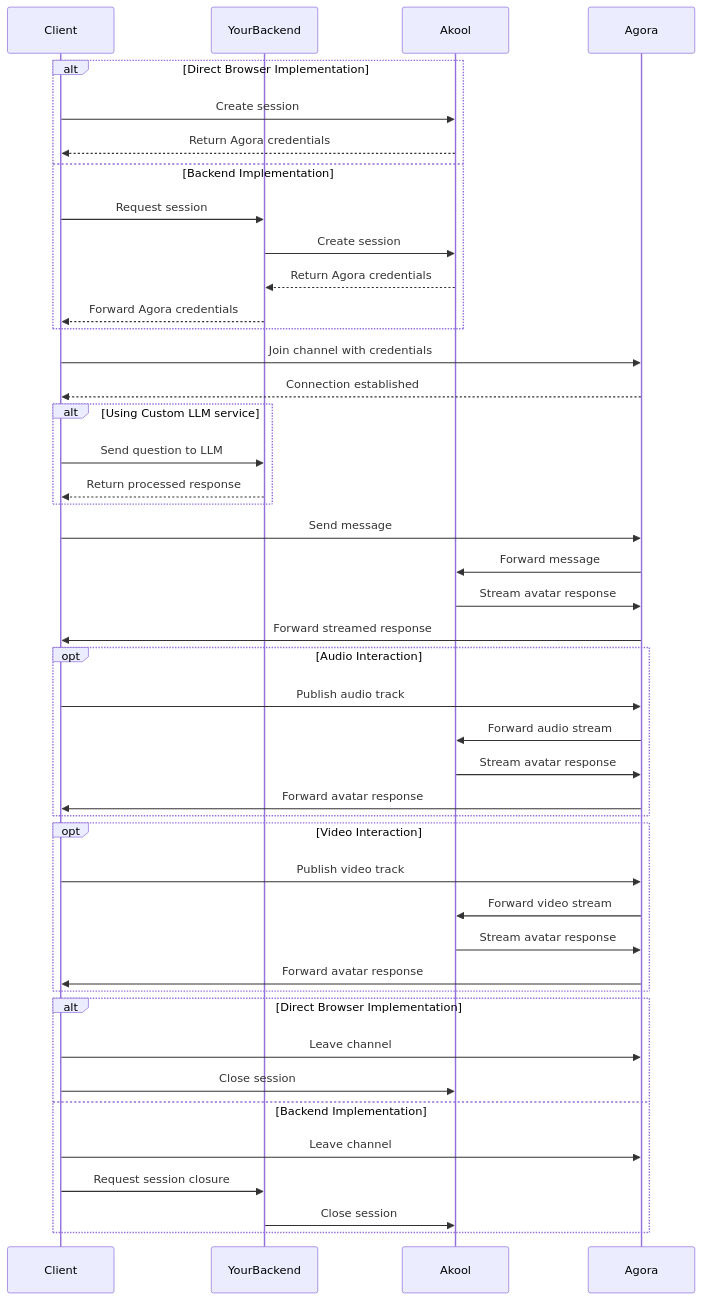
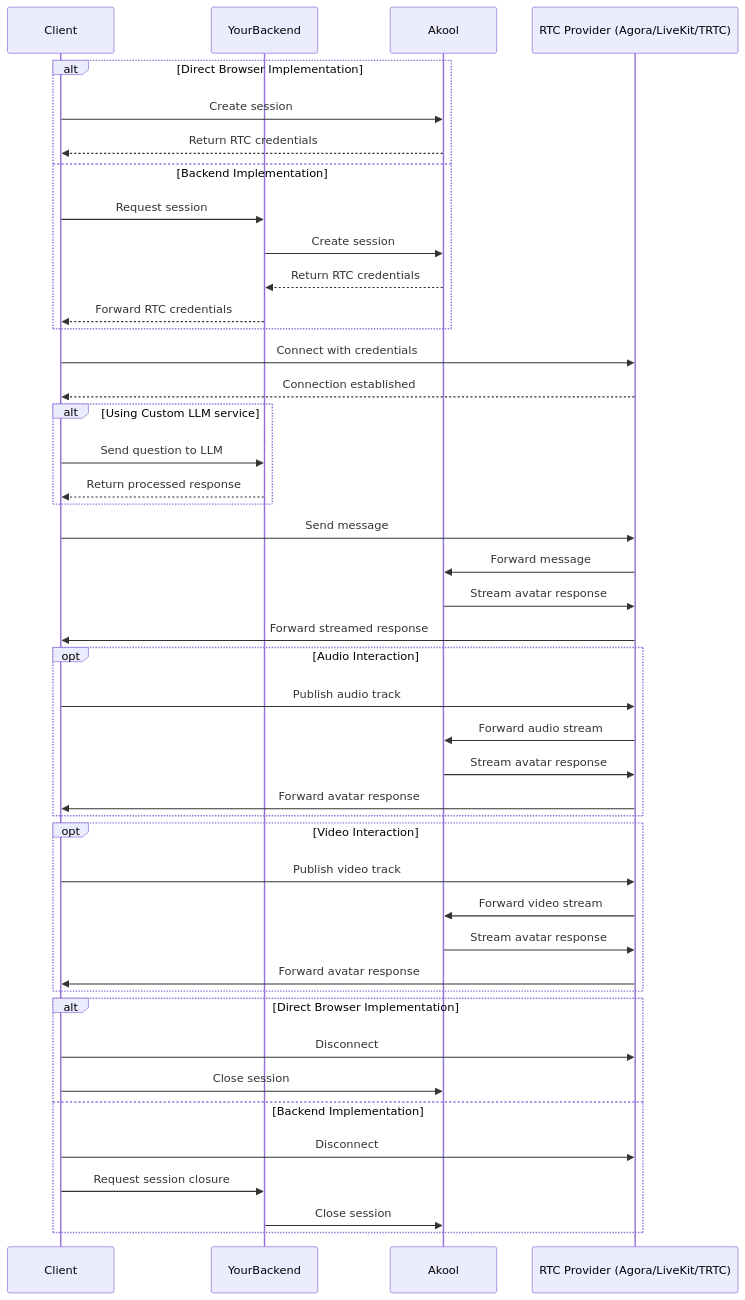
Before and after one commit to jinjuezhou/mintlify-docs: the diagram in implementation-guide/streaming-avatar.mdx, drawn with Mermaid. The commit also changed other lines of this file, not shown here.

First line of the commit message:
refactor: Update Streaming Avatar Integration Guide to support Agora, LiveKit, and TRTC SDKs

````diff
--- a/implementation-guide/streaming-avatar.mdx
+++ b/implementation-guide/streaming-avatar.mdx
@@ -60,62 +121,62 @@
 ```mermaid
 sequenceDiagram
     participant Client
     participant YourBackend
     participant Akool
-    participant Agora
+    participant RTC Provider (Agora/LiveKit/TRTC)
 
     %% Session Creation - Two Paths
     alt Direct Browser Implementation
         Client->>Akool: Create session
-        Akool-->>Client: Return Agora credentials
+        Akool-->>Client: Return RTC credentials
     else Backend Implementation
         Client->>YourBackend: Request session
         YourBackend->>Akool: Create session
-        Akool-->>YourBackend: Return Agora credentials
-        YourBackend-->>Client: Forward Agora credentials
+        Akool-->>YourBackend: Return RTC credentials
+        YourBackend-->>Client: Forward RTC credentials
     end
 
-    %% Agora Connection
-    Client->>Agora: Join channel with credentials
-    Agora-->>Client: Connection established
+    %% RTC Connection
+    Client->>RTC Provider (Agora/LiveKit/TRTC): Connect with credentials
+    RTC Provider (Agora/LiveKit/TRTC)-->>Client: Connection established
 
     %% Optional LLM Integration
     alt Using Custom LLM service
         Client->>YourBackend: Send question to LLM
         YourBackend-->>Client: Return processed response
     end
 
     %% Message Flow
-    Client->>Agora: Send message
-    Agora->>Akool: Forward message
+    Client->>RTC Provider (Agora/LiveKit/TRTC): Send message
+    RTC Provider (Agora/LiveKit/TRTC)->>Akool: Forward message
     
     %% Response Flow
-    Akool->>Agora: Stream avatar response
-    Agora->>Client: Forward streamed response
+    Akool->>RTC Provider (Agora/LiveKit/TRTC): Stream avatar response
+    RTC Provider (Agora/LiveKit/TRTC)->>Client: Forward streamed response
 
     %% Audio Flow (Optional)
     opt Audio Interaction
-        Client->>Agora: Publish audio track
-        Agora->>Akool: Forward audio stream
-        Akool->>Agora: Stream avatar response
-        Agora->>Client: Forward avatar response
+        Client->>RTC Provider (Agora/LiveKit/TRTC): Publish audio track
+        RTC Provider (Agora/LiveKit/TRTC)->>Akool: Forward audio stream
+        Akool->>RTC Provider (Agora/LiveKit/TRTC): Stream avatar response
+        RTC Provider (Agora/LiveKit/TRTC)->>Client: Forward avatar response
     end
 
     %% Video Flow
     opt Video Interaction
-        Client->>Agora: Publish video track
-        Agora->>Akool: Forward video stream
-        Akool->>Agora: Stream avatar response
-        Agora->>Client: Forward avatar response
+        Client->>RTC Provider (Agora/LiveKit/TRTC): Publish video track
+        RTC Provider (Agora/LiveKit/TRTC)->>Akool: Forward video stream
+        Akool->>RTC Provider (Agora/LiveKit/TRTC): Stream avatar response
+        RTC Provider (Agora/LiveKit/TRTC)->>Client: Forward avatar response
     end
 
     %% Cleanup - Two Paths
     alt Direct Browser Implementation
-        Client->>Agora: Leave channel
+        Client->>RTC Provider (Agora/LiveKit/TRTC): Disconnect
         Client->>Akool: Close session
     else Backend Implementation
-        Client->>Agora: Leave channel
+        Client->>RTC Provider (Agora/LiveKit/TRTC): Disconnect
         Client->>YourBackend: Request session closure
         YourBackend->>Akool: Close session
     end
 ```
````
